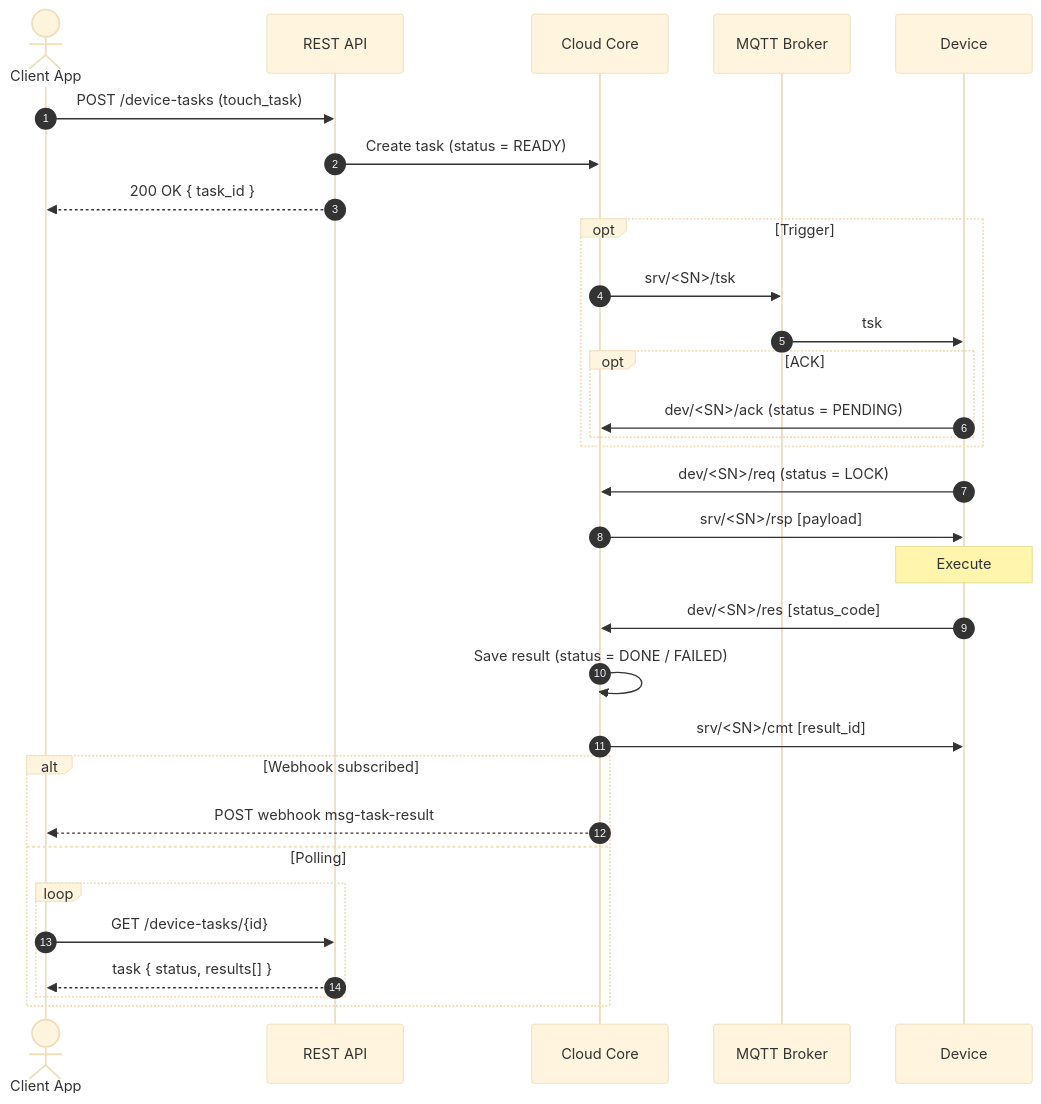
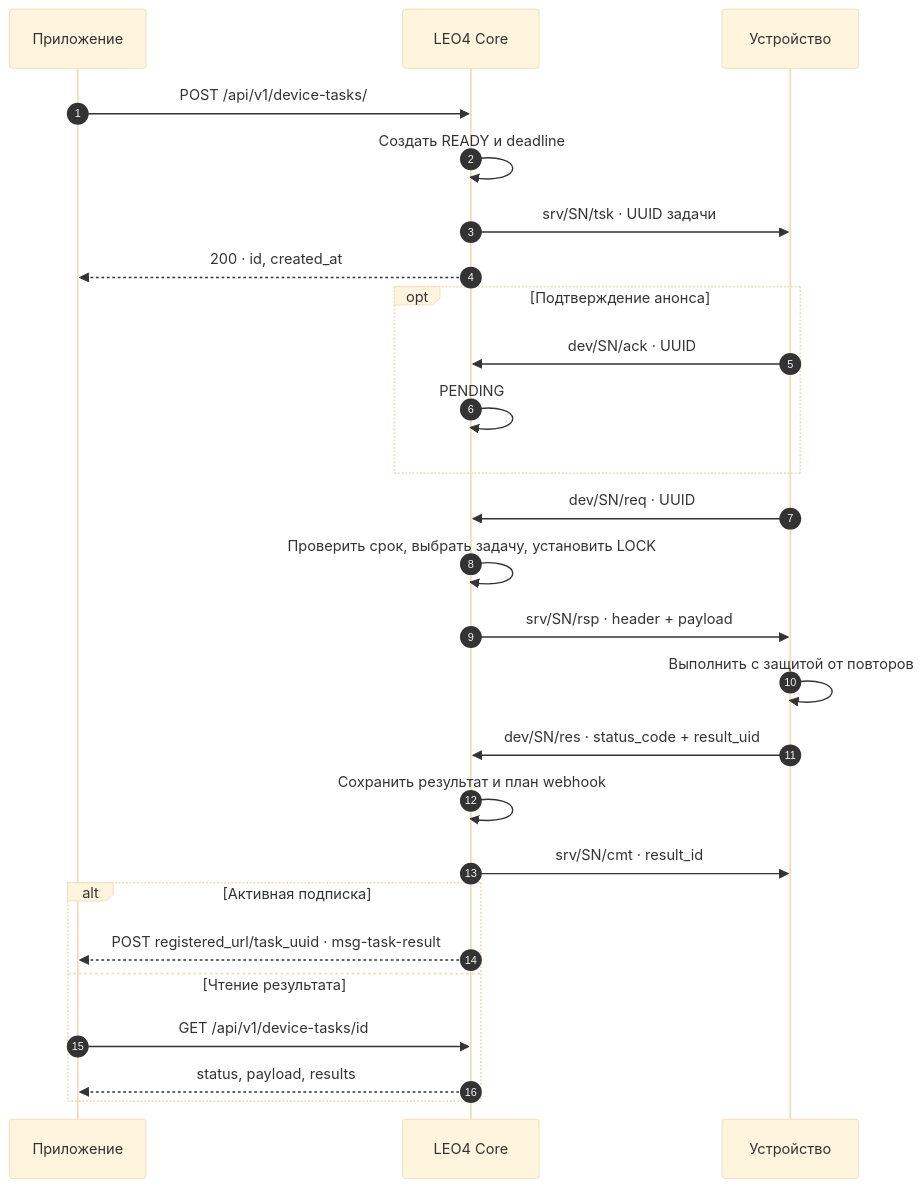
Before and after one commit to OlegLebedevRU/iot-rpc-rest-app: the first of 2 diagrams in docs/sequence.md, drawn with Mermaid (base theme). The commit also changed other lines of this file and 25 other files, not shown here.

````diff
--- a/docs/sequence.md
+++ b/docs/sequence.md
@@ -144,37 +7,28 @@
 ```mermaid
 sequenceDiagram
     autonumber
-    actor ClientApp as Client App
-    participant API as REST API
-    participant Core as Cloud Core
-    participant Broker as MQTT Broker
-    participant Device
-
-    ClientApp->>API: POST /device-tasks (touch_task)
-    API->>Core: Create task (status = READY)
-    API-->>ClientApp: 200 OK { task_id }
-
-    opt Trigger
-        Core->>Broker: srv/<SN>/tsk
-        Broker->>Device: tsk
-        opt ACK
-            Device->>Core: dev/<SN>/ack  (status = PENDING)
-        end
+    participant A as Приложение
+    participant C as LEO4 Core
+    participant D as Устройство
+    A->>C: POST /api/v1/device-tasks/
+    C->>C: Создать READY и deadline
+    C->>D: srv/SN/tsk · UUID задачи
+    C-->>A: 200 · id, created_at
+    opt Подтверждение анонса
+        D->>C: dev/SN/ack · UUID
+        C->>C: PENDING
     end
-
-    Device->>Core: dev/<SN>/req  (status = LOCK)
-    Core->>Device: srv/<SN>/rsp [payload]
-    Note over Device: Execute
-    Device->>Core: dev/<SN>/res [status_code]
-    Core->>Core: Save result (status = DONE / FAILED)
-    Core->>Device: srv/<SN>/cmt [result_id]
-
-    alt Webhook subscribed
-        Core-->>ClientApp: POST webhook msg-task-result
-    else Polling
-        loop
-            ClientApp->>API: GET /device-tasks/{id}
-            API-->>ClientApp: task { status, results[] }
-        end
+    D->>C: dev/SN/req · UUID
+    C->>C: Проверить срок, выбрать задачу, установить LOCK
+    C->>D: srv/SN/rsp · header + payload
+    D->>D: Выполнить с защитой от повторов
+    D->>C: dev/SN/res · status_code + result_uid
+    C->>C: Сохранить результат и план webhook
+    C->>D: srv/SN/cmt · result_id
+    alt Активная подписка
+        C-->>A: POST registered_url/task_uuid · msg-task-result
+    else Чтение результата
+        A->>C: GET /api/v1/device-tasks/id
+        C-->>A: status, payload, results
     end
 ```
````
